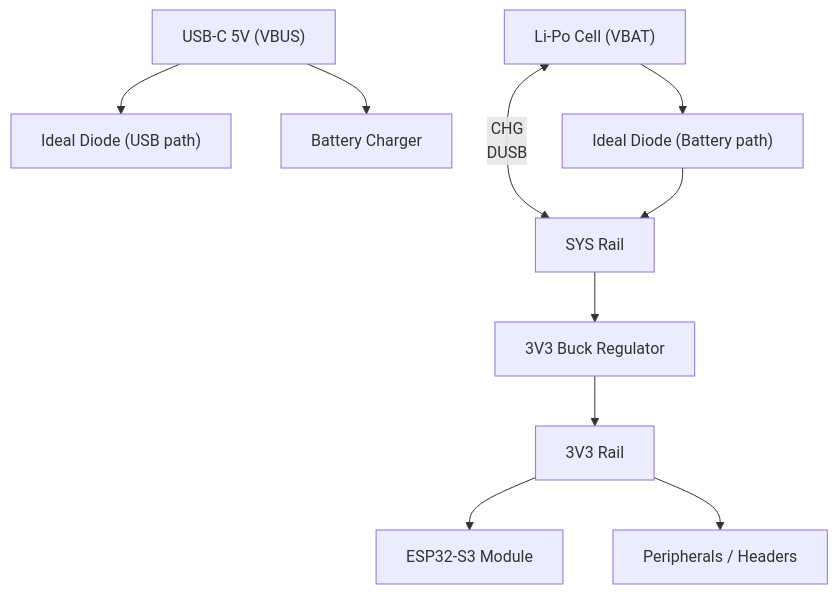
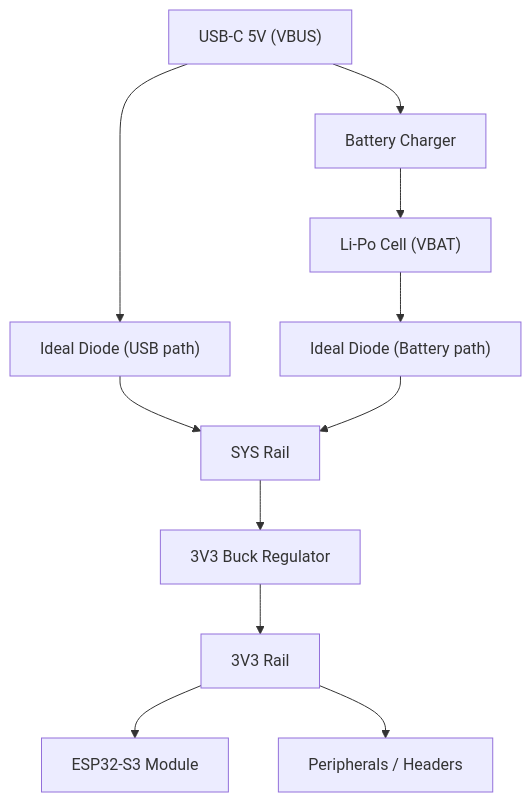
Before and after one commit to Bushido3403/nodifyr: the diagram in docs/boards/nodifyr-s3-devboard/revA/power-tree.md, drawn with Mermaid.

````diff
--- a/docs/boards/nodifyr-s3-devboard/revA/power-tree.md
+++ b/docs/boards/nodifyr-s3-devboard/revA/power-tree.md
@@ -1,20 +1,20 @@
 ```mermaid
 flowchart TD
 %% Sources
 USB5V["USB-C 5V (VBUS)"] --> DUSB["Ideal Diode (USB path)"]
 USB5V --> CHG["Battery Charger"]
-VBAT["Li-Po Cell (VBAT)"] <-- CHG
+CHG --> VBAT["Li-Po Cell (VBAT)"]
 
 %% OR-ing into system rail
 DUSB --> SYS["SYS Rail"]
 VBAT --> DBAT["Ideal Diode (Battery path)"]
 DBAT --> SYS
 
 %% Regulation
 SYS --> BUCK["3V3 Buck Regulator"]
 BUCK --> V3V3["3V3 Rail"]
 
 %% Loads
 V3V3 --> MCU["ESP32-S3 Module"]
 V3V3 --> PERIPH["Peripherals / Headers"]
 ```
````
